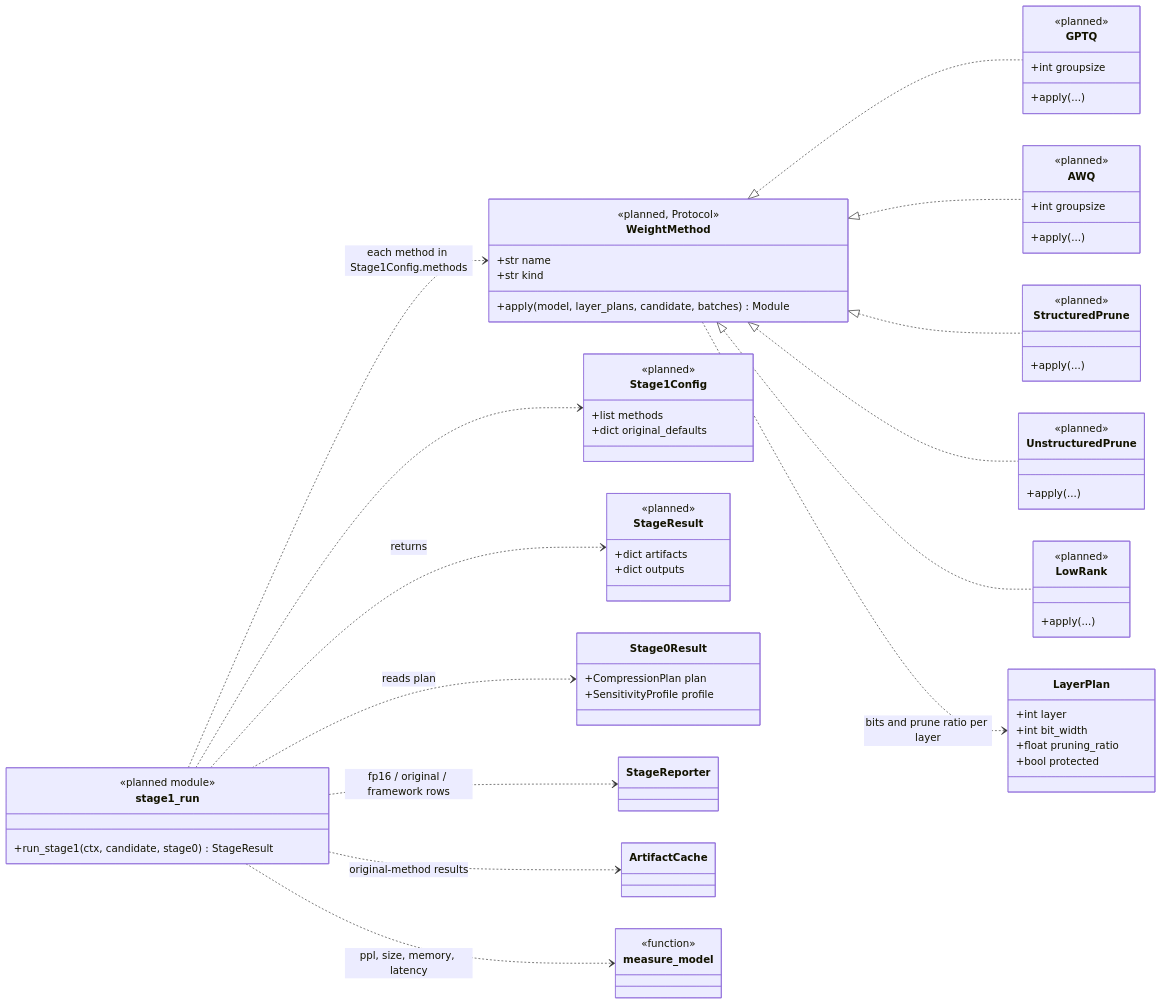
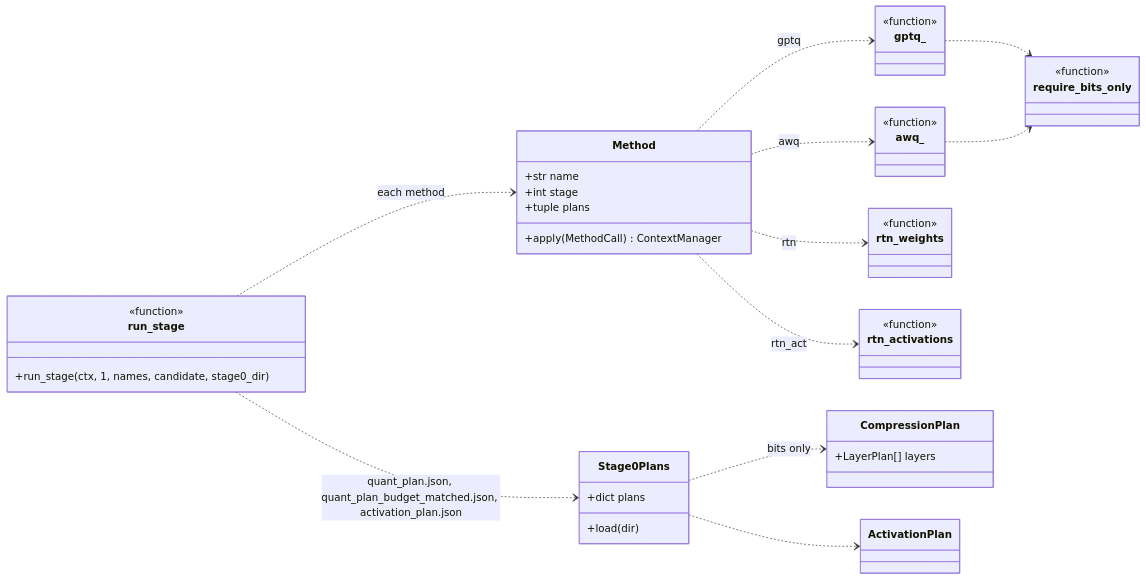
The first of 2 diagrams in docs/diagrams/stage1.md (hamuutpls/sensitivity-driven-framework), drawn with Mermaid before and after one commit. The commit also changed other lines of this file and 22 other files, not shown here.

First line of the commit message:
Stage 1 is quantization only, Stage 2 is pruning only

````diff
--- a/docs/diagrams/stage1.md
+++ b/docs/diagrams/stage1.md
@@ -19,76 +17,49 @@
 ```mermaid
 classDiagram
     direction LR
 
-    class WeightMethod {
-        <<planned, Protocol>>
+    class Method {
         +str name
-        +str kind
-        +apply(model, layer_plans, candidate, batches) Module
+        +int stage
+        +tuple plans
+        +apply(MethodCall) ContextManager
     }
-    class GPTQ {
-        <<planned>>
-        +int groupsize
-        +apply(...)
-    }
-    class AWQ {
-        <<planned>>
-        +int groupsize
-        +apply(...)
-    }
-    class StructuredPrune {
-        <<planned>>
-        +apply(...)
-    }
-    class UnstructuredPrune {
-        <<planned>>
-        +apply(...)
-    }
-    class LowRank {
-        <<planned>>
-        +apply(...)
-    }
-    class Stage1Config {
-        <<planned>>
-        +list methods
-        +dict original_defaults
-    }
-    class stage1_run {
-        <<planned module>>
-        +run_stage1(ctx, candidate, stage0) StageResult
-    }
-    class StageResult {
-        <<planned>>
-        +dict artifacts
-        +dict outputs
-    }
-    class Stage0Result {
-        +CompressionPlan plan
-        +SensitivityProfile profile
-    }
-    class LayerPlan {
-        +int layer
-        +int bit_width
-        +float pruning_ratio
-        +bool protected
-    }
-    class StageReporter
-    class ArtifactCache
-    class measure_model {
+    class gptq_ {
         <<function>>
     }
+    class awq_ {
+        <<function>>
+    }
+    class rtn_weights {
+        <<function>>
+    }
+    class rtn_activations {
+        <<function>>
+    }
+    class require_bits_only {
+        <<function>>
+    }
+    class run_stage {
+        <<function>>
+        +run_stage(ctx, 1, names, candidate, stage0_dir)
+    }
+    class Stage0Plans {
+        +dict plans
+        +load(dir)
+    }
+    class CompressionPlan {
+        +LayerPlan[] layers
+    }
+    class ActivationPlan
 
-    WeightMethod <|.. GPTQ
-    WeightMethod <|.. AWQ
-    WeightMethod <|.. StructuredPrune
-    WeightMethod <|.. UnstructuredPrune
-    WeightMethod <|.. LowRank
-    stage1_run ..> WeightMethod : each method in Stage1Config.methods
-    stage1_run ..> Stage0Result : reads plan
-    WeightMethod ..> LayerPlan : bits and prune ratio per layer
-    stage1_run ..> measure_model : ppl, size, memory, latency
-    stage1_run ..> ArtifactCache : original-method results
-    stage1_run ..> StageReporter : fp16 / original / framework rows
-    stage1_run ..> StageResult : returns
-    stage1_run ..> Stage1Config
+    Method ..> gptq_ : gptq
+    Method ..> awq_ : awq
+    Method ..> rtn_weights : rtn
+    Method ..> rtn_activations : rtn_act
+    gptq_ ..> require_bits_only
+    awq_ ..> require_bits_only
+    run_stage ..> Method : each method
+    run_stage ..> Stage0Plans : quant_plan.json, quant_plan_budget_matched.json, activation_plan.json
+    Stage0Plans ..> CompressionPlan : bits only
+    Stage0Plans ..> ActivationPlan
 ```
````
